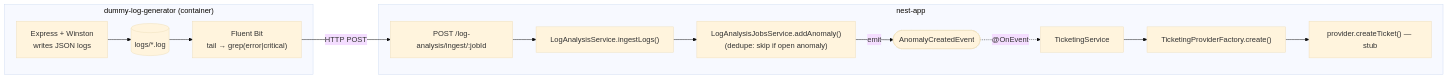
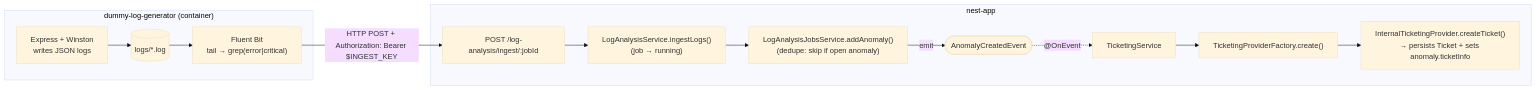
The first of 3 diagrams in docs/APP_FLOW.md (shubham-wb/server-monitor), drawn with Mermaid (base theme) before and after one commit. The commit also changed other lines of this file and 5 other files, not shown here.

````diff
--- a/docs/APP_FLOW.md
+++ b/docs/APP_FLOW.md
@@ -36,18 +37,18 @@
 ```mermaid
 flowchart LR
     subgraph gen["dummy-log-generator (container)"]
         winston["Express + Winston<br/>writes JSON logs"] --> files[("logs/*.log")]
         files --> fb["Fluent Bit<br/>tail → grep(error|critical)"]
     end
 
     subgraph api["nest-app"]
-        ingest["POST /log-analysis/ingest/:jobId"] --> svc["LogAnalysisService.ingestLogs()"]
+        ingest["POST /log-analysis/ingest/:jobId"] --> svc["LogAnalysisService.ingestLogs()<br/>(job → running)"]
         svc --> add["LogAnalysisJobsService.addAnomaly()<br/>(dedupe: skip if open anomaly)"]
         add -->|"emit"| evt(["AnomalyCreatedEvent"])
         evt -.->|"@OnEvent"| tkt["TicketingService"]
         tkt --> factory["TicketingProviderFactory.create()"]
-        factory --> provider["provider.createTicket() — stub"]
+        factory --> provider["InternalTicketingProvider.createTicket()<br/>→ persists Ticket + sets anomaly.ticketInfo"]
     end
 
-    fb -->|"HTTP POST"| ingest
+    fb -->|"HTTP POST + Authorization: Bearer $INGEST_KEY"| ingest
 ```
````
